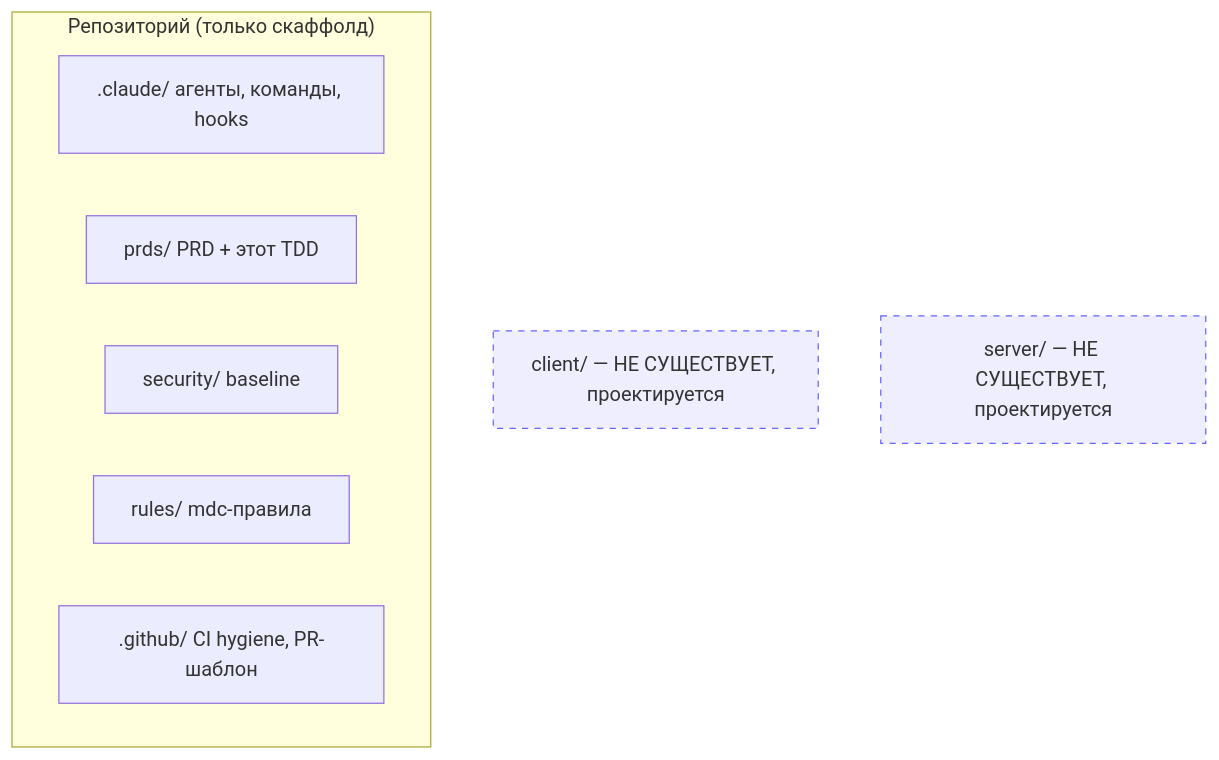
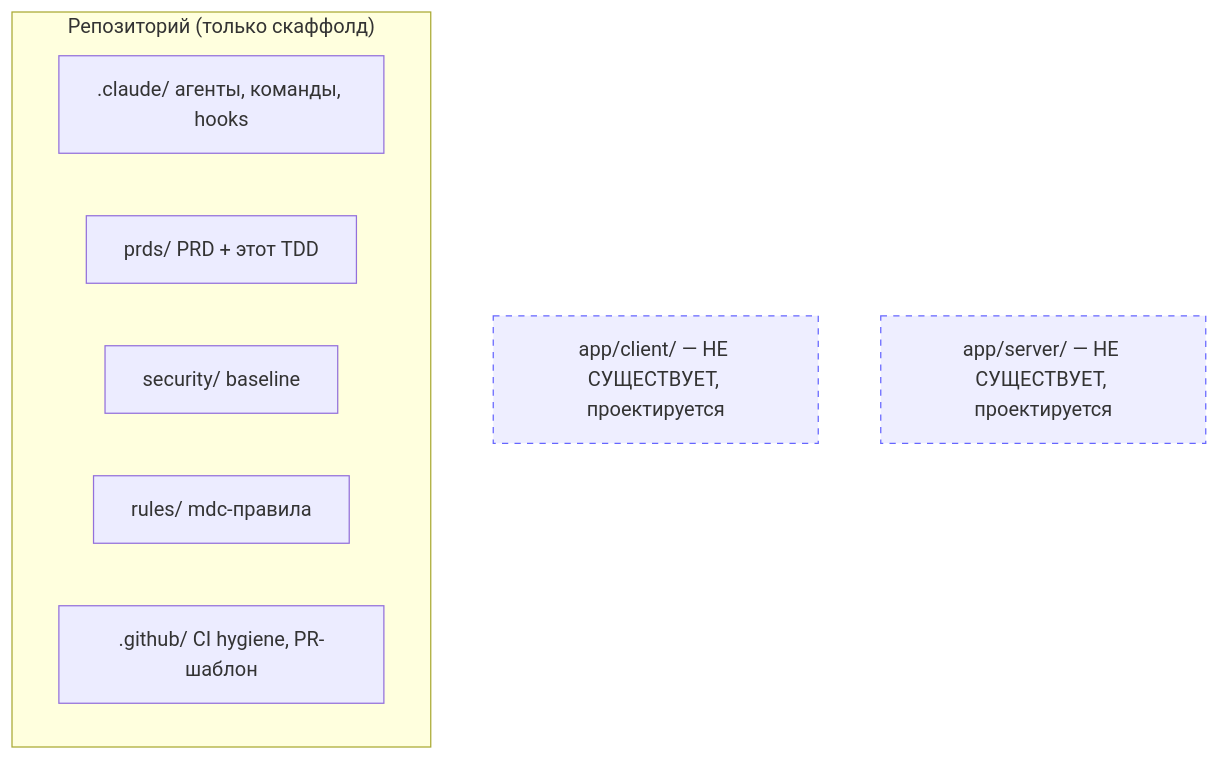
One commit to bismus-le-sha/fora_soft changed the first of 7 diagrams in prds/video-chat-room/design-video-chat-room.md. Above: the diagram before and after it, drawn with Mermaid. The commit also changed other lines of this file and 15 other files, not shown here.

First line of the commit message:
refactor(scaffold): move server/client under app/ (task 1)

````diff
--- a/prds/video-chat-room/design-video-chat-room.md
+++ b/prds/video-chat-room/design-video-chat-room.md
@@ -68,13 +68,13 @@
 ```mermaid
 graph TD
     subgraph Repo["Репозиторий (только скаффолд)"]
         A[".claude/ агенты, команды, hooks"]
         B["prds/ PRD + этот TDD"]
         C["security/ baseline"]
         D["rules/ mdc-правила"]
         E[".github/ CI hygiene, PR-шаблон"]
     end
-    F["client/ — НЕ СУЩЕСТВУЕТ, проектируется"]:::new
-    G["server/ — НЕ СУЩЕСТВУЕТ, проектируется"]:::new
+    F["app/client/ — НЕ СУЩЕСТВУЕТ, проектируется"]:::new
+    G["app/server/ — НЕ СУЩЕСТВУЕТ, проектируется"]:::new
     classDef new fill:#eef,stroke:#66f,stroke-dasharray:5 5;
 ```
````
